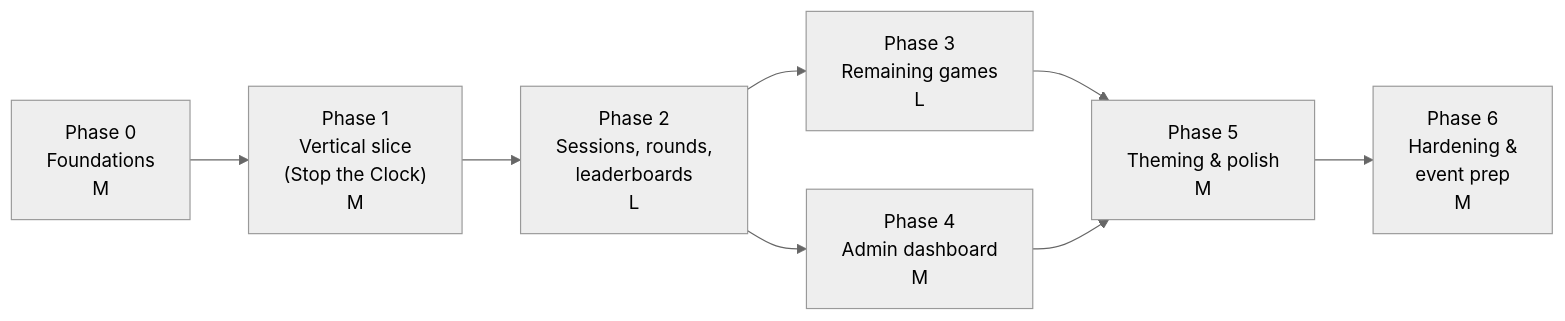
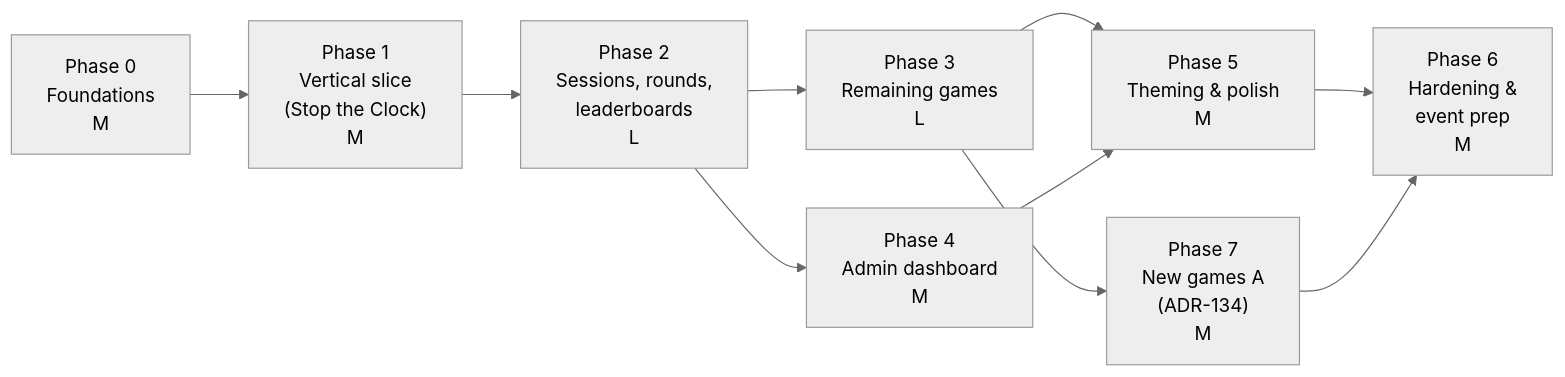
One commit to Talaljaber/GDG changed the diagram in docs/PHASES.md. Above: the diagram before and after it, drawn with Mermaid (neutral theme). The commit also changed other lines of this file and 11 other files, not shown here.

````diff
--- a/docs/PHASES.md
+++ b/docs/PHASES.md
@@ -11,10 +11,12 @@
 ```mermaid
 flowchart LR
     P0["Phase 0<br/>Foundations<br/>M"] --> P1["Phase 1<br/>Vertical slice<br/>(Stop the Clock)<br/>M"]
     P1 --> P2["Phase 2<br/>Sessions, rounds,<br/>leaderboards<br/>L"]
     P2 --> P3["Phase 3<br/>Remaining games<br/>L"]
     P2 --> P4["Phase 4<br/>Admin dashboard<br/>M"]
     P3 --> P5["Phase 5<br/>Theming & polish<br/>M"]
     P4 --> P5
     P5 --> P6["Phase 6<br/>Hardening &<br/>event prep<br/>M"]
+    P3 --> P7["Phase 7<br/>New games A<br/>(ADR-134)<br/>M"]
+    P7 --> P6
 ```
````
